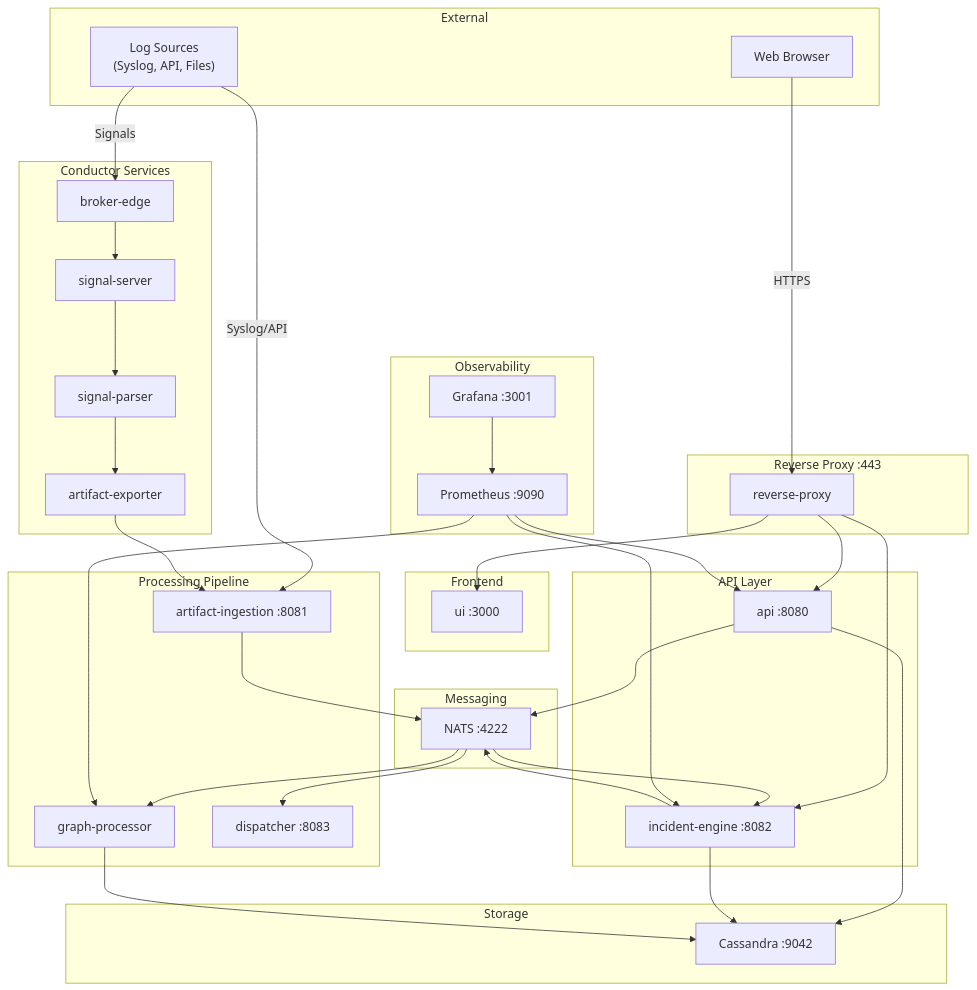
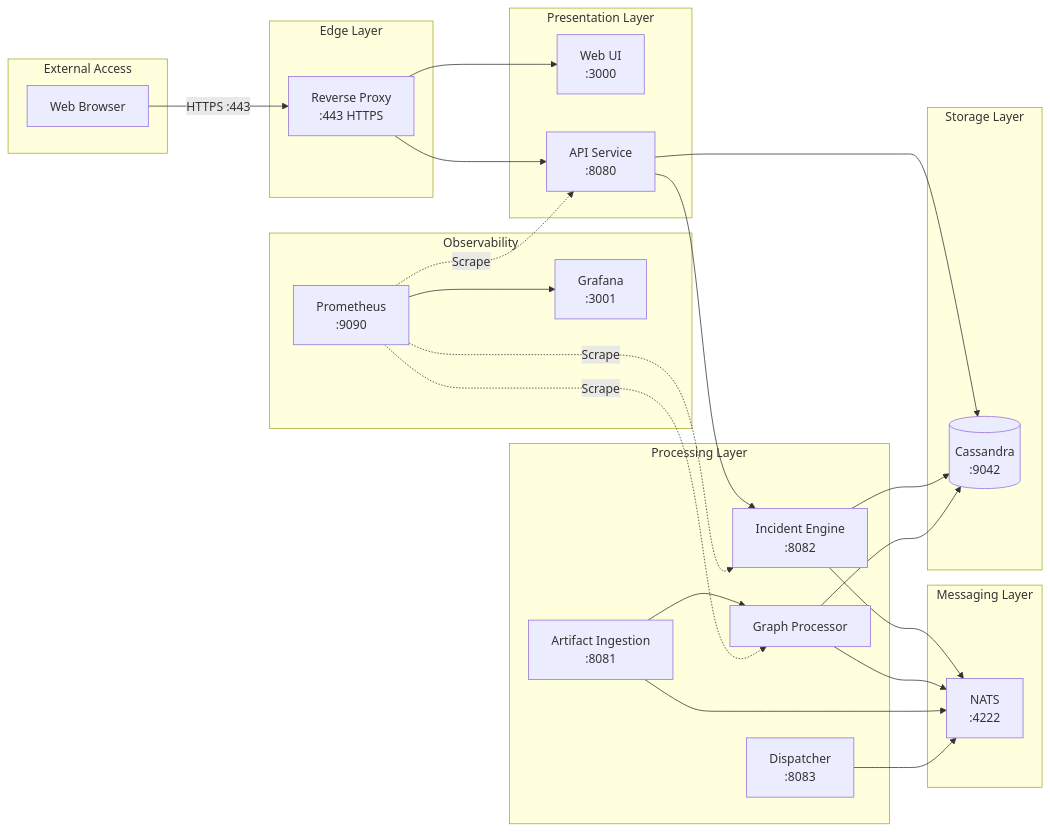
One commit to witfoo/analytics-docs changed the second of 5 diagrams in docs/getting-started/architecture.md. Above: the diagram before and after it, drawn with Mermaid. The commit also changed other lines of this file and 6 other files, not shown here.

````diff
--- a/docs/getting-started/architecture.md
+++ b/docs/getting-started/architecture.md
@@ -9,75 +64,52 @@
 ```mermaid
-graph TB
-    subgraph External["External"]
-        Browser["Web Browser"]
-        LogSources["Log Sources<br/>(Syslog, API, Files)"]
+graph LR
+    subgraph "External Access"
+        Browser[Web Browser]
     end
 
-    subgraph ReverseProxy["Reverse Proxy :443"]
-        RP["reverse-proxy"]
+    subgraph "Edge Layer"
+        RP[Reverse Proxy<br/>:443 HTTPS]
     end
 
-    subgraph Frontend["Frontend"]
-        UI["ui :3000"]
+    subgraph "Presentation Layer"
+        UI[Web UI<br/>:3000]
+        API[API Service<br/>:8080]
     end
 
-    subgraph API_Layer["API Layer"]
-        API["api :8080"]
-        IE["incident-engine :8082"]
+    subgraph "Processing Layer"
+        IE[Incident Engine<br/>:8082]
+        GP[Graph Processor]
+        AI_SVC[Artifact Ingestion<br/>:8081]
+        DISP[Dispatcher<br/>:8083]
     end
 
-    subgraph Processing["Processing Pipeline"]
-        AI["artifact-ingestion :8081"]
-        GP["graph-processor"]
-        DISP["dispatcher :8083"]
+    subgraph "Messaging Layer"
+        NATS[NATS<br/>:4222]
     end
 
-    subgraph Messaging["Messaging"]
-        NATS["NATS :4222"]
+    subgraph "Storage Layer"
+        CASS[(Cassandra<br/>:9042)]
     end
 
-    subgraph Storage["Storage"]
-        CASS["Cassandra :9042"]
+    subgraph "Observability"
+        PROM[Prometheus<br/>:9090]
+        GRAF[Grafana<br/>:3001]
     end
 
-    subgraph Observability["Observability"]
-        PROM["Prometheus :9090"]
-        GRAF["Grafana :3001"]
-    end
-
-    subgraph Conductor["Conductor Services"]
-        BE["broker-edge"]
-        SS["signal-server"]
-        SP["signal-parser"]
-        AE["artifact-exporter"]
-    end
-
-    Browser -->|HTTPS| RP
-    LogSources -->|Syslog/API| AI
-    LogSources -->|Signals| BE
-
+    Browser -->|HTTPS :443| RP
     RP --> UI
     RP --> API
-    RP --> IE
-
+    API --> IE
     API --> CASS
-    API --> NATS
     IE --> CASS
     IE --> NATS
-
-    AI --> NATS
-    NATS --> GP
     GP --> CASS
-    NATS --> IE
-    NATS --> DISP
-
-    BE --> SS
-    SS --> SP
-    SP --> AE
-    AE --> AI
-
-    PROM --> API
-    PROM --> IE
-    PROM --> GP
-    GRAF --> PROM
+    GP --> NATS
+    AI_SVC --> NATS
+    AI_SVC --> GP
+    DISP --> NATS
+    PROM --> GRAF
+    PROM -.->|Scrape| API
+    PROM -.->|Scrape| IE
+    PROM -.->|Scrape| GP
 ```
````
